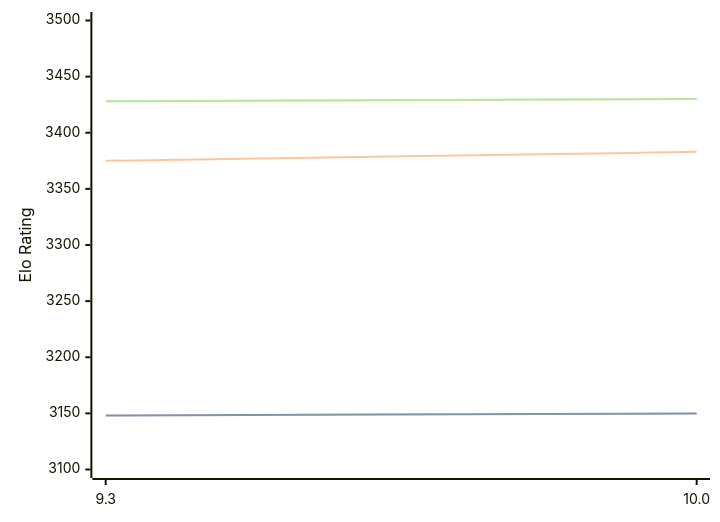
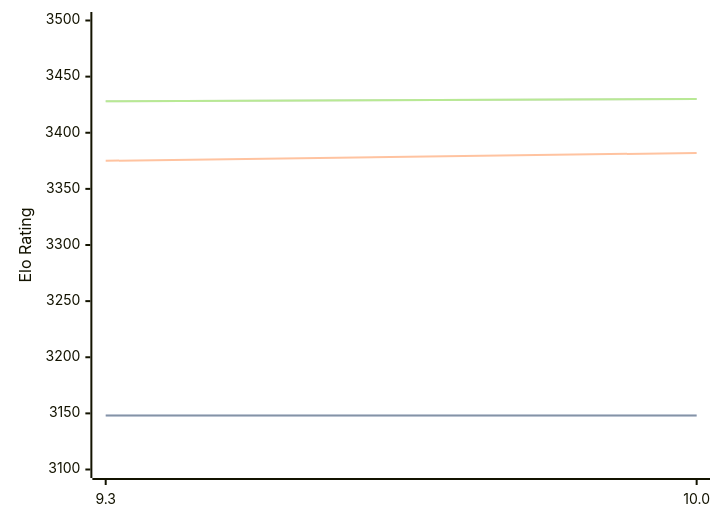
One commit to computer-chess-index/cci changed the diagram in engines/Fire.md. Above: the diagram before and after it, drawn with Mermaid. The commit also changed other lines of this file, not shown here.

````diff
--- a/engines/Fire.md
+++ b/engines/Fire.md
@@ -32,11 +32,11 @@
 ```mermaid
 %%{init: {"theme":"base","themeVariables":{"seriesColors:['#a3a3a3','#222221','#faa371']}}}%%
 xychart-beta
   x-axis ["9.3", "10.0"]
   y-axis "Elo Rating" 3100 --> 3500
-  line "" [3148, 3150]
-  line "STC (8.0+0.08s)" [3148, 3150]
-  line "LTC (60.0+0.60s)" [3375, 3383]
+  line "" [3148, 3148]
+  line "STC (8.0+0.08s)" [3148, 3148]
+  line "LTC (60.0+0.60s)" [3375, 3382]
   line "" [3428, 3430]
   line "VLTC (2m24s+1.12s)" [3428, 3430]
 ```
````
